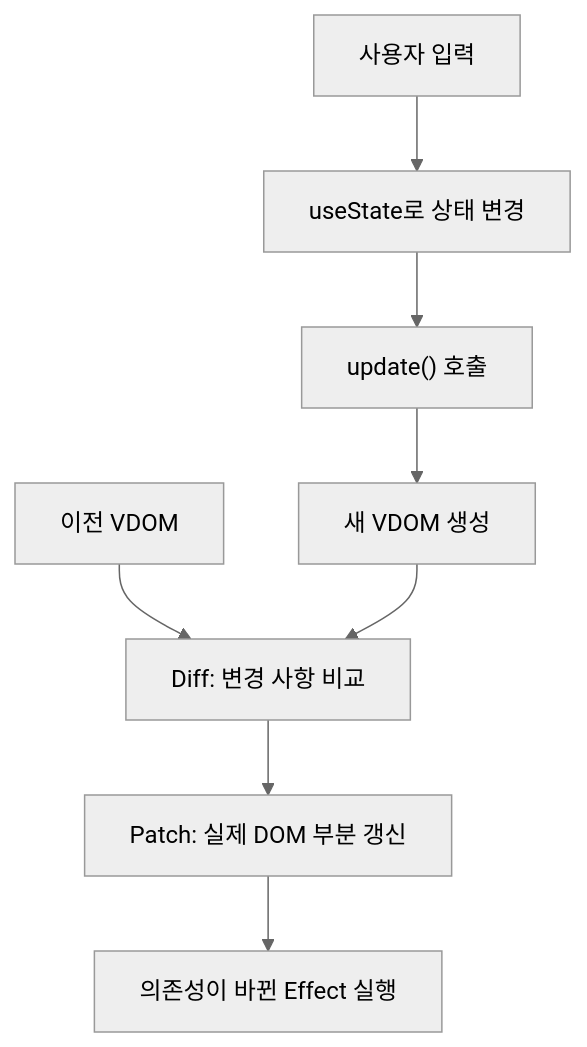
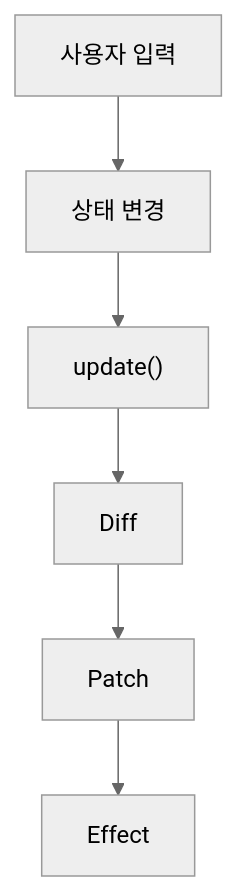
The diagram in README.md (kimhyungwang/mini-react), drawn with Mermaid (neutral theme) before and after one commit. The commit also changed other lines of this file and 1 other file, not shown here.

````diff
--- a/README.md
+++ b/README.md
@@ -11,10 +7,8 @@
 ```mermaid
 flowchart TD
-    Input[사용자 입력] --> State[useState로 상태 변경]
-    State --> Update["update() 호출"]
-    Update --> Next[새 VDOM 생성]
-    Previous[이전 VDOM] --> Diff[Diff: 변경 사항 비교]
-    Next --> Diff
-    Diff --> Patch[Patch: 실제 DOM 부분 갱신]
-    Patch --> Effect[의존성이 바뀐 Effect 실행]
+    A[사용자 입력] --> B[상태 변경]
+    B --> C["update()"]
+    C --> D[Diff]
+    D --> E[Patch]
+    E --> F[Effect]
 ```
````
